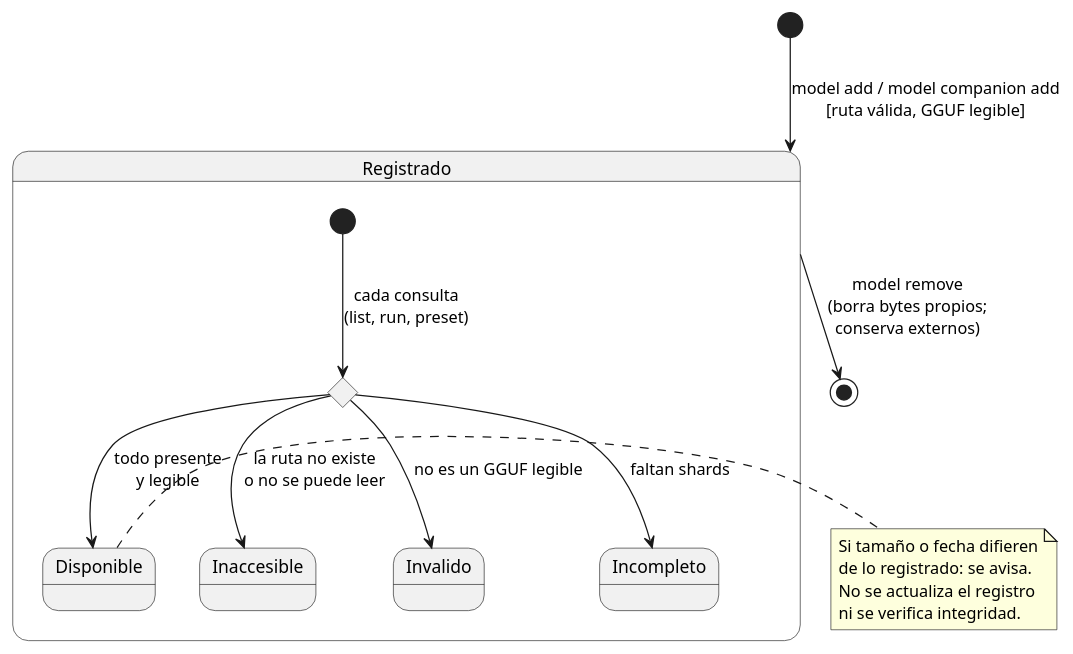
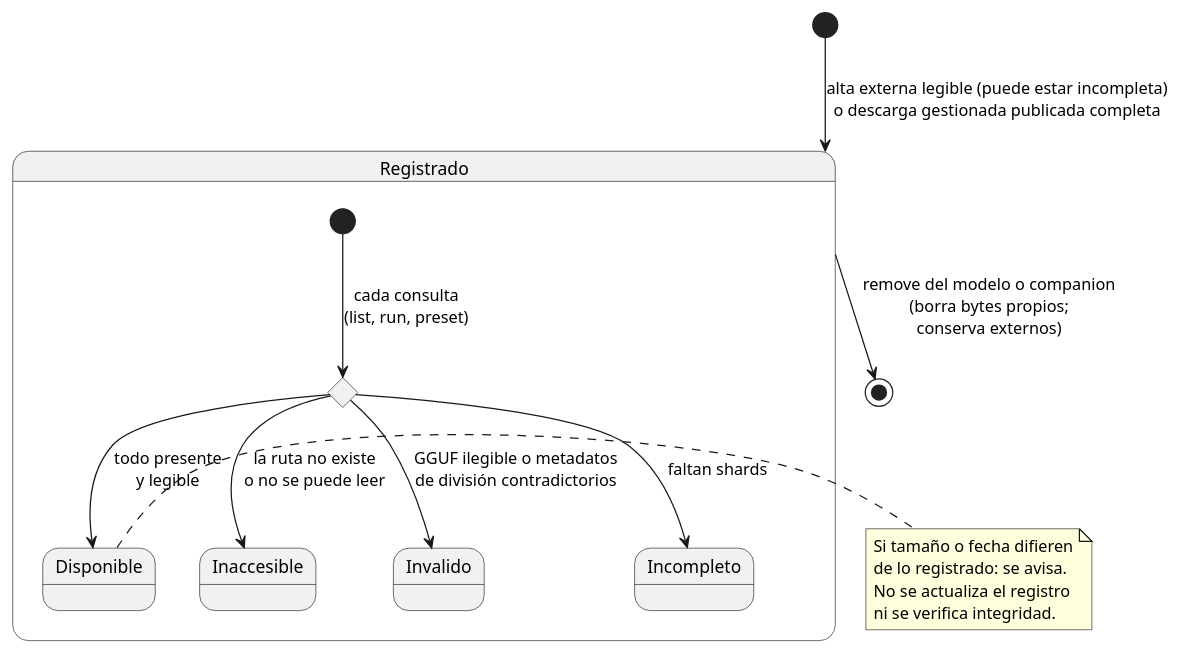
Before and after one commit to mstranich/coquena: the second of 3 diagrams in docs/estados.md, drawn with PlantUML. The commit also changed 11 other files, not shown here.

````diff
--- a/docs/estados.md
+++ b/docs/estados.md
@@ -51,23 +51,23 @@
 ```plantuml
 @startuml
-[*] --> Registrado : model add / model companion add\n[ruta válida, GGUF legible]
+[*] --> Registrado : alta externa legible (puede estar incompleta)\no descarga gestionada publicada completa
 
 state Registrado {
   state q <<choice>>
   [*] --> q : cada consulta\n(list, run, preset)
   q --> Inaccesible : la ruta no existe\no no se puede leer
-  q --> Invalido : no es un GGUF legible
+  q --> Invalido : GGUF ilegible o metadatos\nde división contradictorios
   q --> Incompleto : faltan shards
   q --> Disponible : todo presente\ny legible
 }
 
-Registrado --> [*] : model remove\n(borra bytes propios;\nconserva externos)
+Registrado --> [*] : remove del modelo o companion\n(borra bytes propios;\nconserva externos)
 
 note right of Disponible
   Si tamaño o fecha difieren
   de lo registrado: se avisa.
   No se actualiza el registro
   ni se verifica integridad.
 end note
 @enduml
 ```
````
